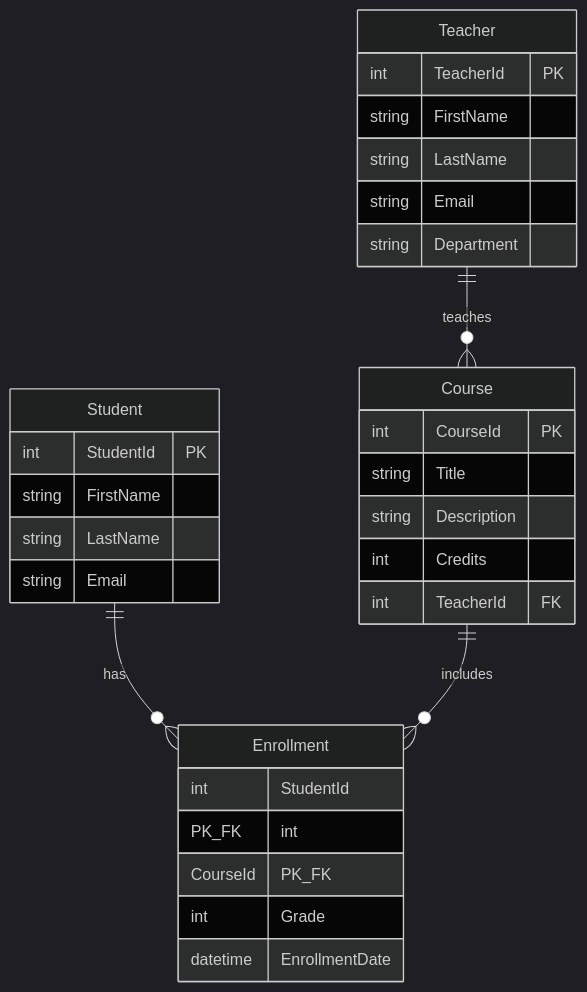
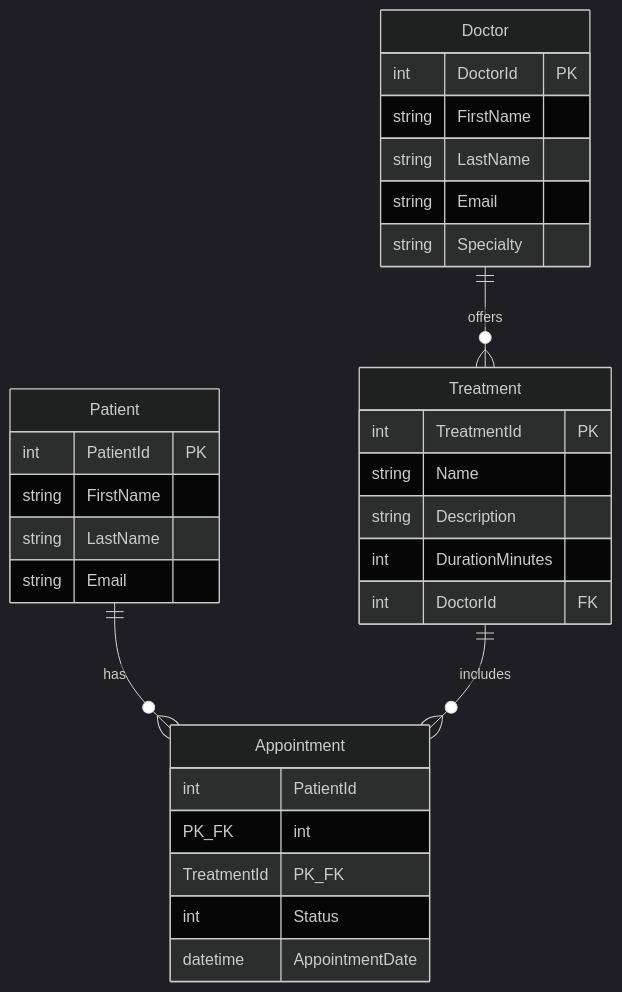
Before and after one commit to af-programmer/AcademyLMS-WebAPI: the diagram in README.md, drawn with Mermaid (dark theme). The commit also changed other lines of this file and 106 other files, not shown here.

````diff
--- a/README.md
+++ b/README.md
@@ -125,36 +125,36 @@
 ```mermaid
 erDiagram
-    Teacher ||--o{ Course : teaches
-    Student ||--o{ Enrollment : has
-    Course ||--o{ Enrollment : includes
+    Doctor ||--o{ Treatment : offers
+    Patient ||--o{ Appointment : has
+    Treatment ||--o{ Appointment : includes
 
-    Teacher {
-        int TeacherId PK
+    Doctor {
+        int DoctorId PK
         string FirstName
         string LastName
         string Email
-        string Department
+        string Specialty
     }
 
-    Course {
-        int CourseId PK
-        string Title
+    Treatment {
+        int TreatmentId PK
+        string Name
         string Description
-        int Credits
-        int TeacherId FK
+        int DurationMinutes
+        int DoctorId FK
     }
 
-    Student {
-        int StudentId PK
+    Patient {
+        int PatientId PK
         string FirstName
         string LastName
         string Email
     }
 
-    Enrollment {
-        int StudentId PK_FK
-        int CourseId PK_FK
-        int Grade
-        datetime EnrollmentDate
+    Appointment {
+        int PatientId PK_FK
+        int TreatmentId PK_FK
+        int Status
+        datetime AppointmentDate
     }
 ```
````
